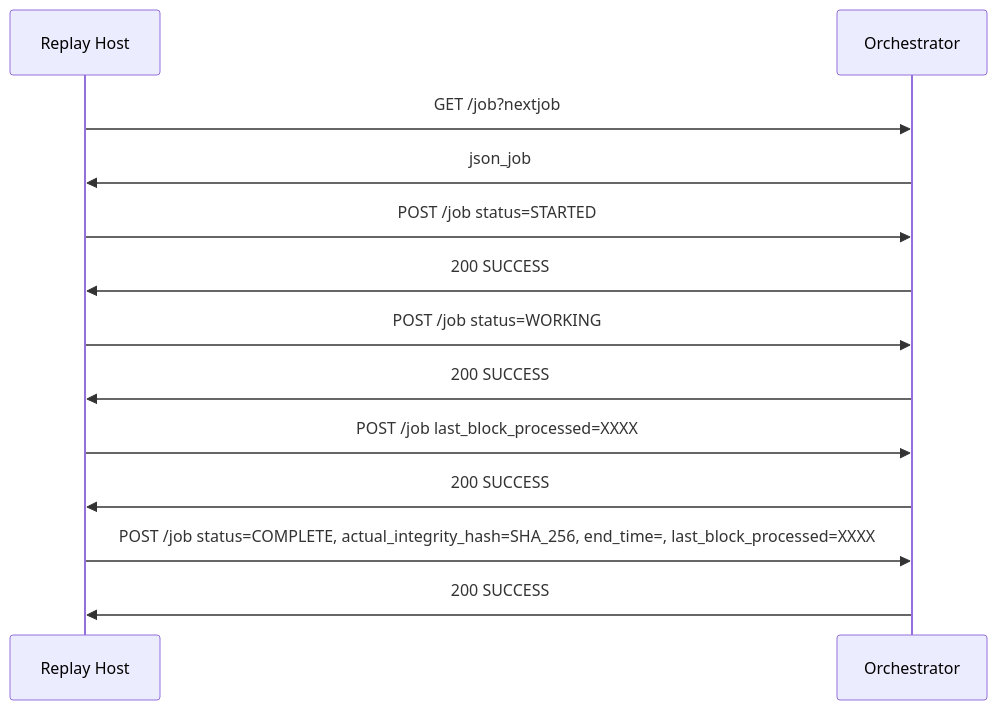
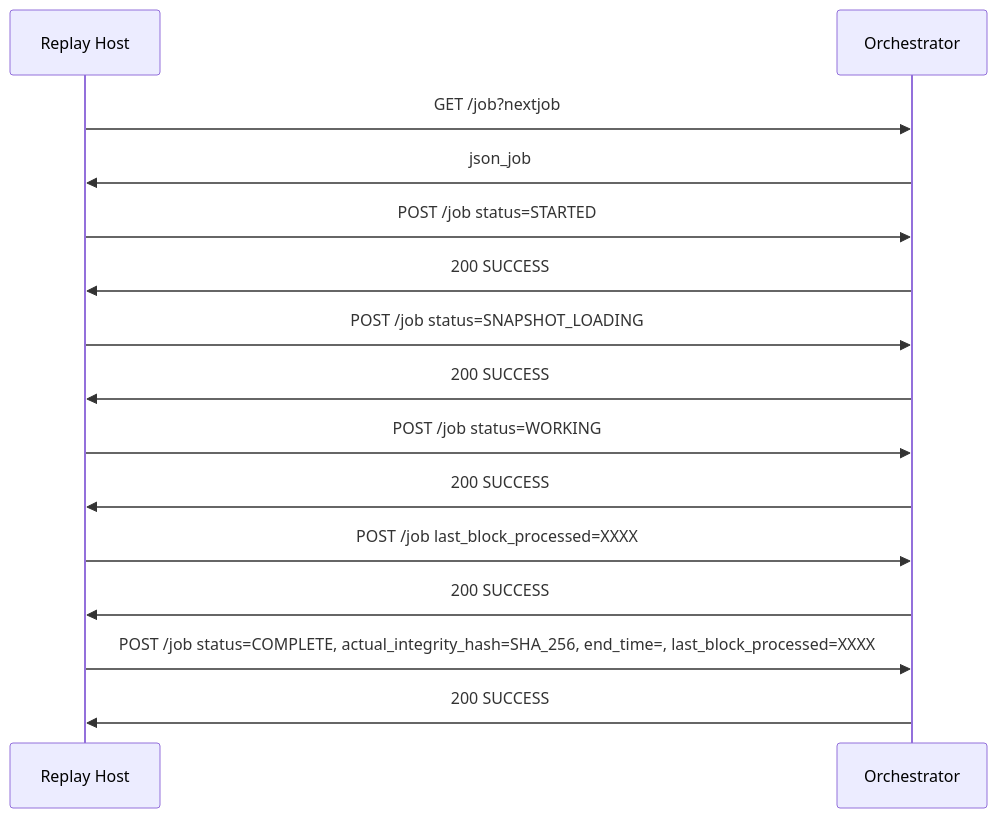
The second of 2 diagrams in docs/high-level-design.md (eosnetworkfoundation/replay-test), drawn with Mermaid before and after one commit. The commit also changed other lines of this file and 17 other files, not shown here.

````diff
--- a/docs/high-level-design.md
+++ b/docs/high-level-design.md
@@ -38,16 +38,18 @@
 ```mermaid
 
 sequenceDiagram
     participant Relay as Replay Host
     participant Orch as Orchestrator
     Relay->>Orch: GET /job?nextjob
     Orch->>Relay: json_job
     Relay->>Orch: POST /job status=STARTED
     Orch->>Relay: 200 SUCCESS
+    Relay->>Orch: POST /job status=SNAPSHOT_LOADING
+    Orch->>Relay: 200 SUCCESS
     Relay->>Orch: POST /job status=WORKING
     Orch->>Relay: 200 SUCCESS
     Relay->>Orch: POST /job last_block_processed=XXXX
     Orch->>Relay: 200 SUCCESS
     Relay->>Orch: POST /job status=COMPLETE, actual_integrity_hash=SHA_256, end_time=, last_block_processed=XXXX
     Orch->>Relay: 200 SUCCESS
 ```
````
